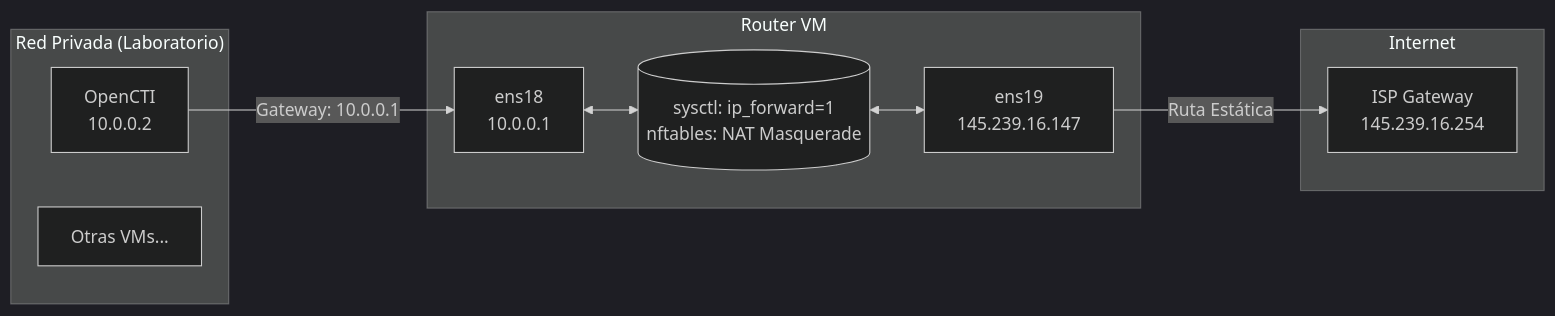
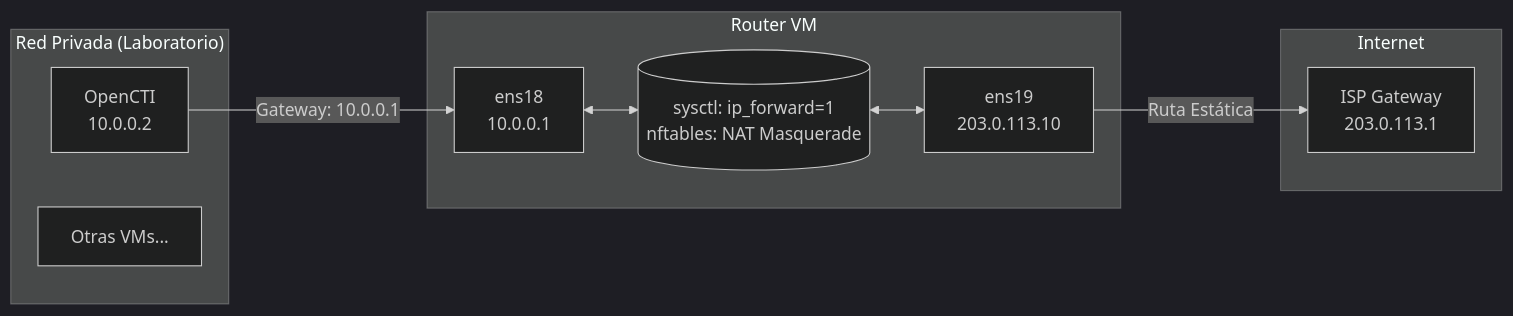
Before and after one commit to manu222/TFG-Dise-o-e-implementaci-n-de-una-plataforma-corporativa-de-ciberinteligencia: the diagram in TFG/Configuracion VM Router.md, drawn with Mermaid (dark theme). The commit also changed other lines of this file and 30 other files, not shown here.

````diff
--- a/TFG/Configuracion VM Router.md
+++ b/TFG/Configuracion VM Router.md
@@ -168,23 +239,23 @@
 ```mermaid
 graph LR
     subgraph Internet
-        ISP[ISP Gateway<br>145.239.16.254]
+        ISP[ISP Gateway<br>203.0.113.1]
     end
 
     subgraph "Router VM"
-        WAN[ens19<br>145.239.16.147]
+        WAN[ens19<br>203.0.113.10]
         Kernel[("sysctl: ip_forward=1<br>nftables: NAT Masquerade")]
         LAN_IF[ens18<br>10.0.0.1]
     end
 
     subgraph "Red Privada (Laboratorio)"
         VM1[OpenCTI<br>10.0.0.2]
         VM2[Otras VMs...]
     end
 
     %% Conexiones
     VM1 -- Gateway: 10.0.0.1 --> LAN_IF
     LAN_IF <--> Kernel
     Kernel <--> WAN
     WAN -- Ruta Estática --> ISP
 ```
````
